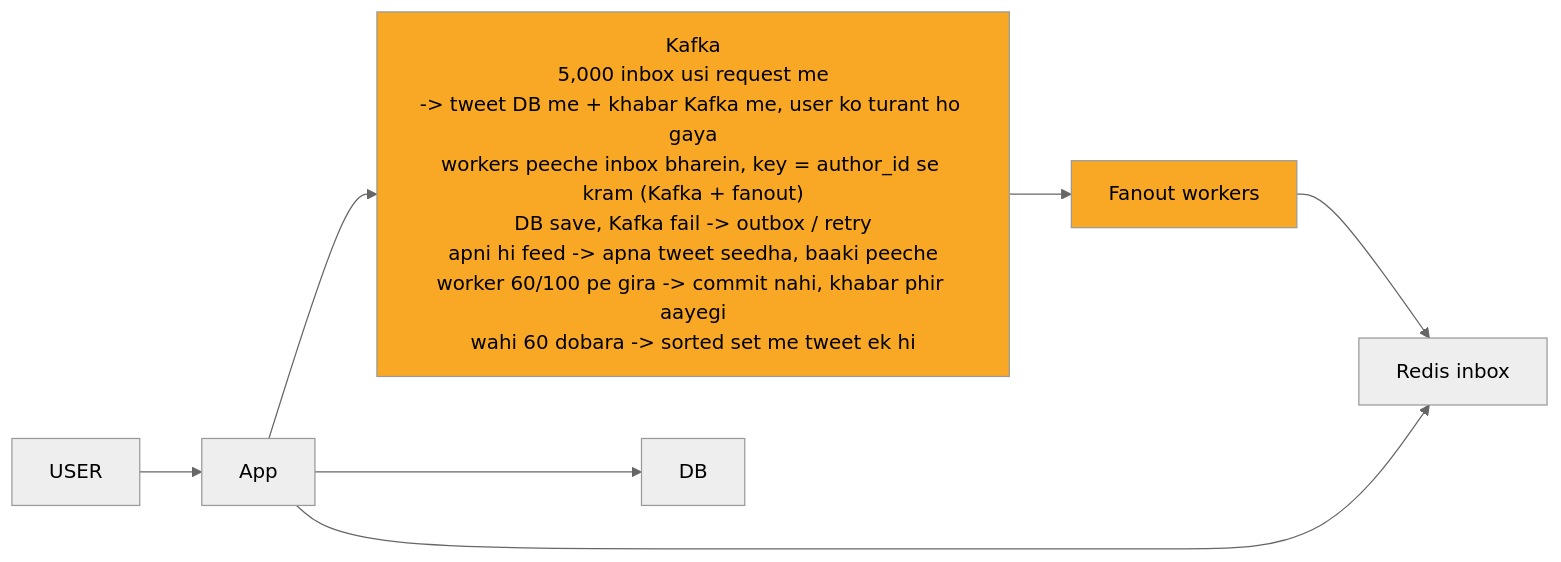
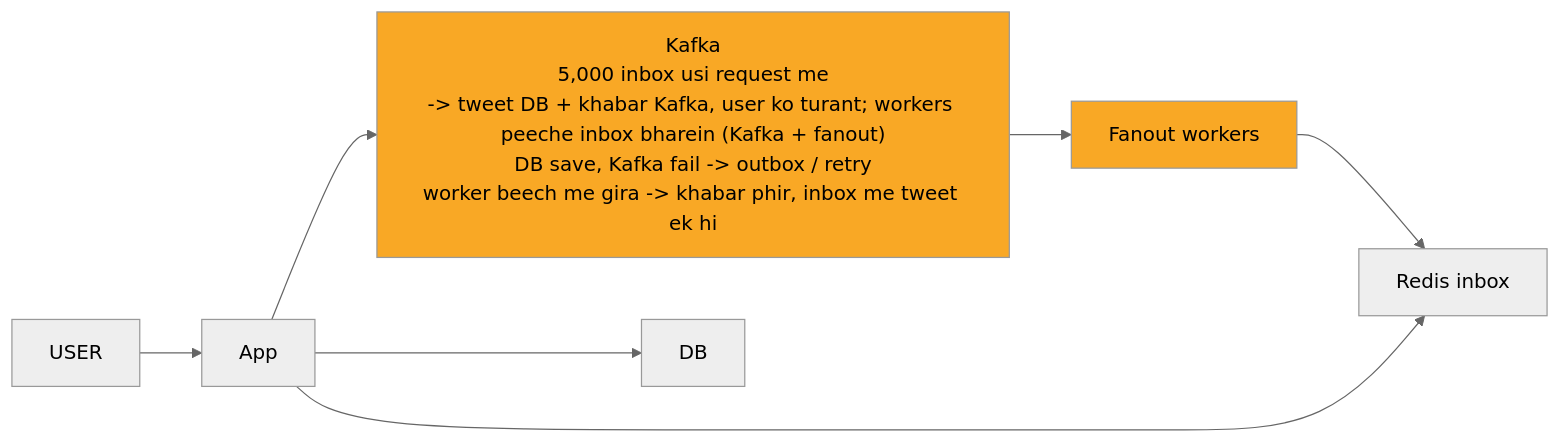
Before and after one commit to ArpanMaheshwari144/Prep: the diagram in 04_HLD/SYSTEM_DESIGNS/03_twitter_feed/img/c2.mmd, drawn with Mermaid (neutral theme). The commit also changed 42 other files, not shown here.

```diff
--- a/04_HLD/SYSTEM_DESIGNS/03_twitter_feed/img/c2.mmd
+++ b/04_HLD/SYSTEM_DESIGNS/03_twitter_feed/img/c2.mmd
@@ -1,16 +1,16 @@
 %%{init: {"flowchart": {"wrappingWidth": 450}}}%%
 flowchart LR
     n_USER["USER"]
     n_App["App"]
-    n_Kafka["Kafka<br/>5,000 inbox usi request me<br/>-> tweet DB me + khabar Kafka me, user ko turant ho gaya<br/>workers peeche inbox bharein, key = author_id se kram (Kafka + fanout)<br/>DB save, Kafka fail -> outbox / retry<br/>apni hi feed -> apna tweet seedha, baaki peeche<br/>worker 60/100 pe gira -> commit nahi, khabar phir aayegi<br/>wahi 60 dobara -> sorted set me tweet ek hi"]
+    n_Kafka["Kafka<br/>5,000 inbox usi request me<br/>-> tweet DB + khabar Kafka, user ko turant; workers peeche inbox bharein (Kafka + fanout)<br/>DB save, Kafka fail -> outbox / retry<br/>worker beech me gira -> khabar phir, inbox me tweet ek hi"]
     n_Fanout_workers["Fanout workers"]
     n_Redis_inbox["Redis inbox"]
     n_DB["DB"]
     n_USER --> n_App
     n_App --> n_Kafka
     n_App --> n_DB
     n_Kafka --> n_Fanout_workers
     n_Fanout_workers --> n_Redis_inbox
     n_App --> n_Redis_inbox
     style n_Kafka fill:#f9a825,color:#000
     style n_Fanout_workers fill:#f9a825,color:#000
```
